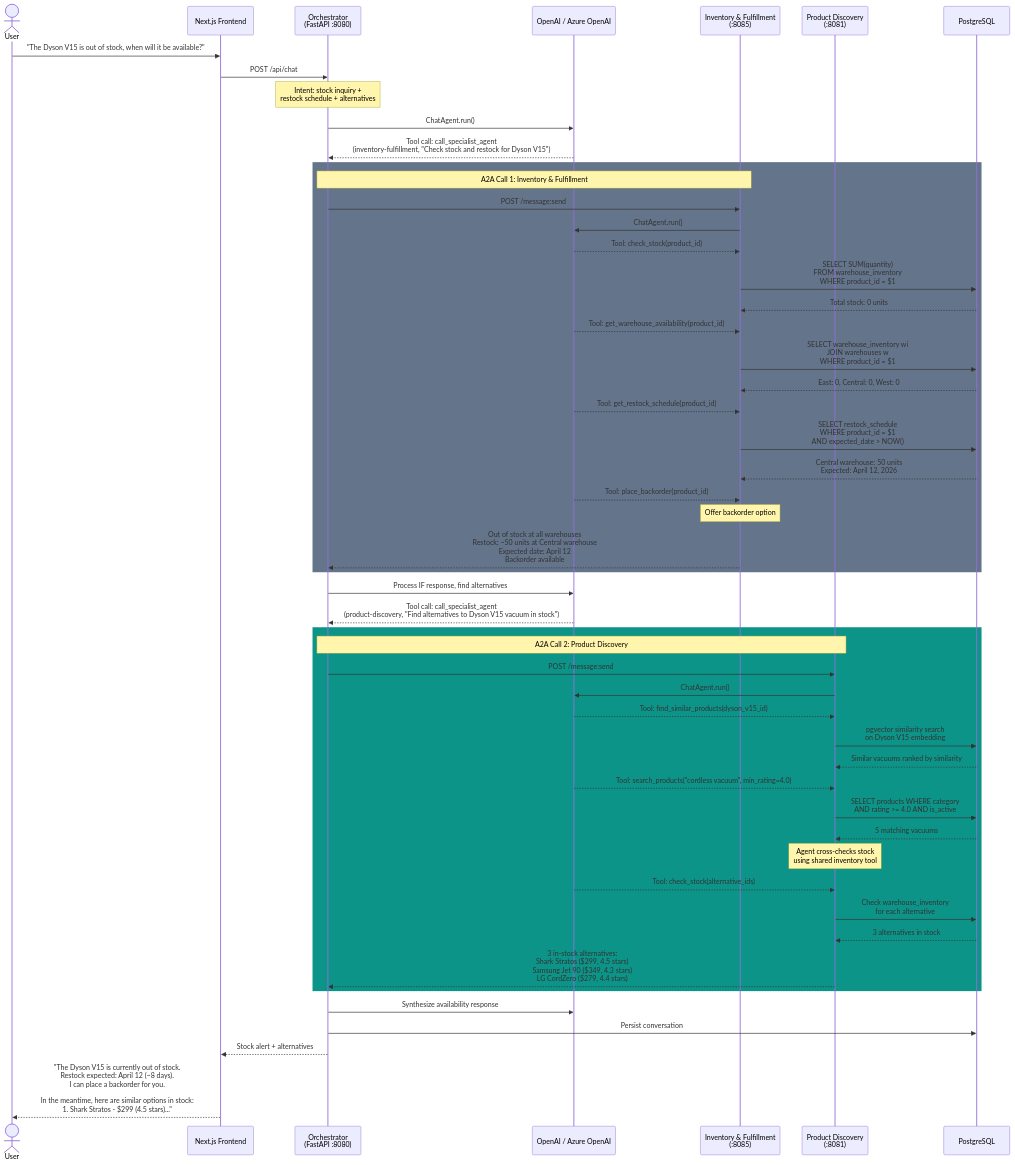
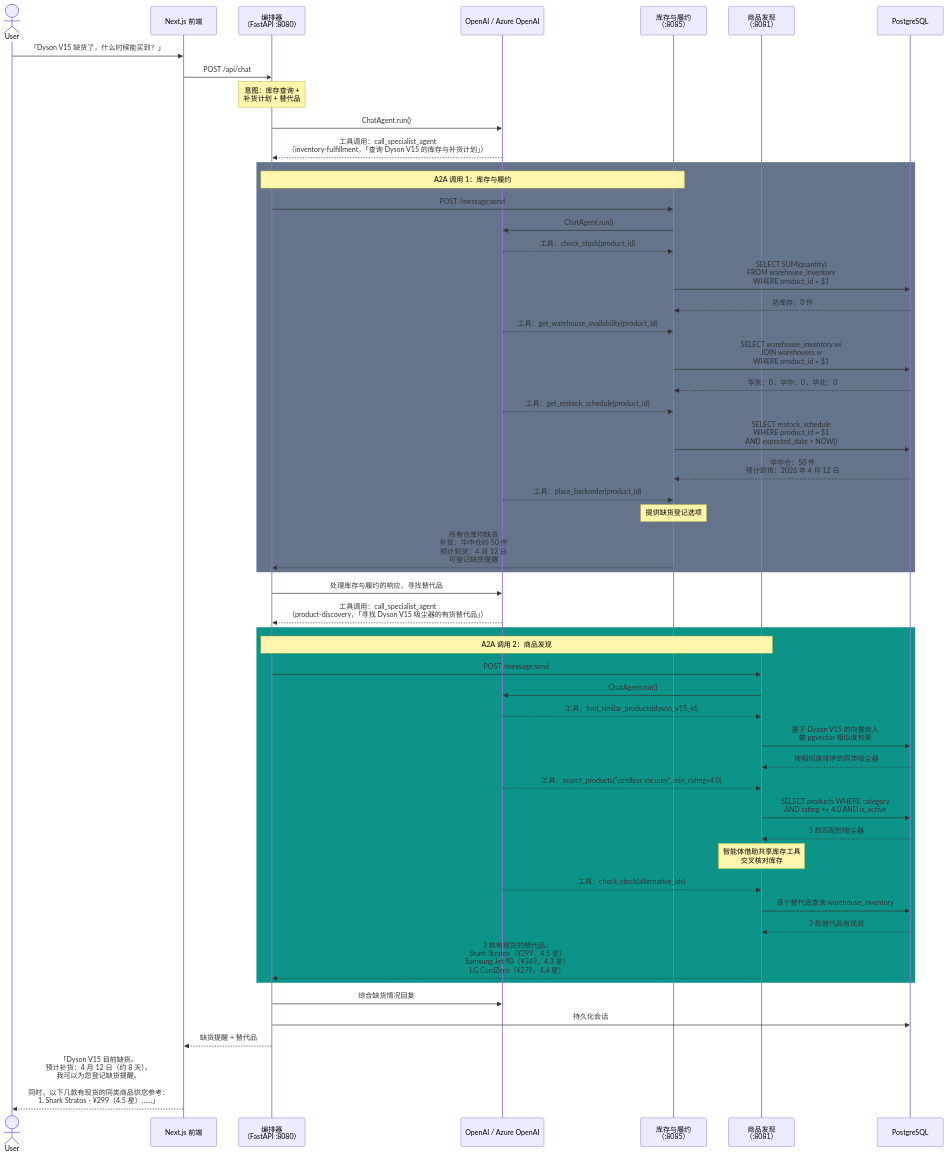
The fourth of 5 diagrams in docs/agent-flows.md (s1encisi/reliable-commerce-agents), drawn with Mermaid before and after one commit. The commit also changed other lines of this file and 1033 other files, not shown here.

````diff
--- a/docs/agent-flows.md
+++ b/docs/agent-flows.md
@@ -267,61 +267,61 @@
 ```mermaid
 sequenceDiagram
     actor User
-    participant FE as Next.js Frontend
-    participant ORCH as Orchestrator<br/>(FastAPI :8080)
+    participant FE as Next.js 前端
+    participant ORCH as 编排器<br/>（FastAPI :8080）
     participant LLM as OpenAI / Azure OpenAI
-    participant IF as Inventory & Fulfillment<br/>(:8085)
-    participant PD as Product Discovery<br/>(:8081)
+    participant IF as 库存与履约<br/>（:8085）
+    participant PD as 商品发现<br/>（:8081）
     participant DB as PostgreSQL
 
-    User->>FE: "The Dyson V15 is out of stock, when will it be available?"
+    User->>FE: 「Dyson V15 缺货了，什么时候能买到？」
     FE->>ORCH: POST /api/chat
 
-    Note over ORCH: Intent: stock inquiry +<br/>restock schedule + alternatives
+    Note over ORCH: 意图：库存查询 +<br/>补货计划 + 替代品
 
     ORCH->>LLM: ChatAgent.run()
-    LLM-->>ORCH: Tool call: call_specialist_agent<br/>(inventory-fulfillment, "Check stock and restock for Dyson V15")
+    LLM-->>ORCH: 工具调用：call_specialist_agent<br/>（inventory-fulfillment，「查询 Dyson V15 的库存与补货计划」）
 
     rect rgb(100, 116, 139)
-        Note over ORCH,IF: A2A Call 1: Inventory & Fulfillment
+        Note over ORCH,IF: A2A 调用 1：库存与履约
         ORCH->>IF: POST /message:send
         IF->>LLM: ChatAgent.run()
-        LLM-->>IF: Tool: check_stock(product_id)
+        LLM-->>IF: 工具：check_stock(product_id)
         IF->>DB: SELECT SUM(quantity)<br/>FROM warehouse_inventory<br/>WHERE product_id = $1
-        DB-->>IF: Total stock: 0 units
-        LLM-->>IF: Tool: get_warehouse_availability(product_id)
+        DB-->>IF: 总库存：0 件
+        LLM-->>IF: 工具：get_warehouse_availability(product_id)
         IF->>DB: SELECT warehouse_inventory wi<br/>JOIN warehouses w<br/>WHERE product_id = $1
-        DB-->>IF: East: 0, Central: 0, West: 0
-        LLM-->>IF: Tool: get_restock_schedule(product_id)
+        DB-->>IF: 华东：0，华中：0，华北：0
+        LLM-->>IF: 工具：get_restock_schedule(product_id)
         IF->>DB: SELECT restock_schedule<br/>WHERE product_id = $1<br/>AND expected_date > NOW()
-        DB-->>IF: Central warehouse: 50 units<br/>Expected: April 12, 2026
-        LLM-->>IF: Tool: place_backorder(product_id)
-        Note over IF: Offer backorder option
-        IF-->>ORCH: Out of stock at all warehouses<br/>Restock: ~50 units at Central warehouse<br/>Expected date: April 12<br/>Backorder available
+        DB-->>IF: 华中仓：50 件<br/>预计到货：2026 年 4 月 12 日
+        LLM-->>IF: 工具：place_backorder(product_id)
+        Note over IF: 提供缺货登记选项
+        IF-->>ORCH: 所有仓库均缺货<br/>补货：华中仓约 50 件<br/>预计到货：4 月 12 日<br/>可登记缺货提醒
     end
 
-    ORCH->>LLM: Process IF response, find alternatives
-    LLM-->>ORCH: Tool call: call_specialist_agent<br/>(product-discovery, "Find alternatives to Dyson V15 vacuum in stock")
+    ORCH->>LLM: 处理库存与履约的响应，寻找替代品
+    LLM-->>ORCH: 工具调用：call_specialist_agent<br/>（product-discovery，「寻找 Dyson V15 吸尘器的有货替代品」）
 
     rect rgb(13, 148, 136)
-        Note over ORCH,PD: A2A Call 2: Product Discovery
+        Note over ORCH,PD: A2A 调用 2：商品发现
         ORCH->>PD: POST /message:send
         PD->>LLM: ChatAgent.run()
-        LLM-->>PD: Tool: find_similar_products(dyson_v15_id)
-        PD->>DB: pgvector similarity search<br/>on Dyson V15 embedding
-        DB-->>PD: Similar vacuums ranked by similarity
-        LLM-->>PD: Tool: search_products("cordless vacuum", min_rating=4.0)
+        LLM-->>PD: 工具：find_similar_products(dyson_v15_id)
+        PD->>DB: 基于 Dyson V15 的向量嵌入<br/>做 pgvector 相似度检索
+        DB-->>PD: 按相似度排序的同类吸尘器
+        LLM-->>PD: 工具：search_products("cordless vacuum", min_rating=4.0)
         PD->>DB: SELECT products WHERE category<br/>AND rating >= 4.0 AND is_active
-        DB-->>PD: 5 matching vacuums
-        Note over PD: Agent cross-checks stock<br/>using shared inventory tool
-        LLM-->>PD: Tool: check_stock(alternative_ids)
-        PD->>DB: Check warehouse_inventory<br/>for each alternative
-        DB-->>PD: 3 alternatives in stock
-        PD-->>ORCH: 3 in-stock alternatives:<br/>Shark Stratos ($299, 4.5 stars)<br/>Samsung Jet 90 ($349, 4.3 stars)<br/>LG CordZero ($279, 4.4 stars)
+        DB-->>PD: 5 款匹配的吸尘器
+        Note over PD: 智能体借助共享库存工具<br/>交叉核对库存
+        LLM-->>PD: 工具：check_stock(alternative_ids)
+        PD->>DB: 逐个替代品查询 warehouse_inventory
+        DB-->>PD: 3 款替代品有现货
+        PD-->>ORCH: 3 款有现货的替代品：<br/>Shark Stratos（¥299，4.5 星）<br/>Samsung Jet 90（¥349，4.3 星）<br/>LG CordZero（¥279，4.4 星）
     end
 
-    ORCH->>LLM: Synthesize availability response
-    ORCH->>DB: Persist conversation
-    ORCH-->>FE: Stock alert + alternatives
-    FE-->>User: "The Dyson V15 is currently out of stock.<br/>Restock expected: April 12 (~8 days).<br/>I can place a backorder for you.<br/><br/>In the meantime, here are similar options in stock:<br/>1. Shark Stratos - $299 (4.5 stars)..."
+    ORCH->>LLM: 综合缺货情况回复
+    ORCH->>DB: 持久化会话
+    ORCH-->>FE: 缺货提醒 + 替代品
+    FE-->>User: 「Dyson V15 目前缺货。<br/>预计补货：4 月 12 日（约 8 天）。<br/>我可以为您登记缺货提醒。<br/><br/>同时，以下几款有现货的同类商品供您参考：<br/>1. Shark Stratos - ¥299（4.5 星）……」
 ```
````
